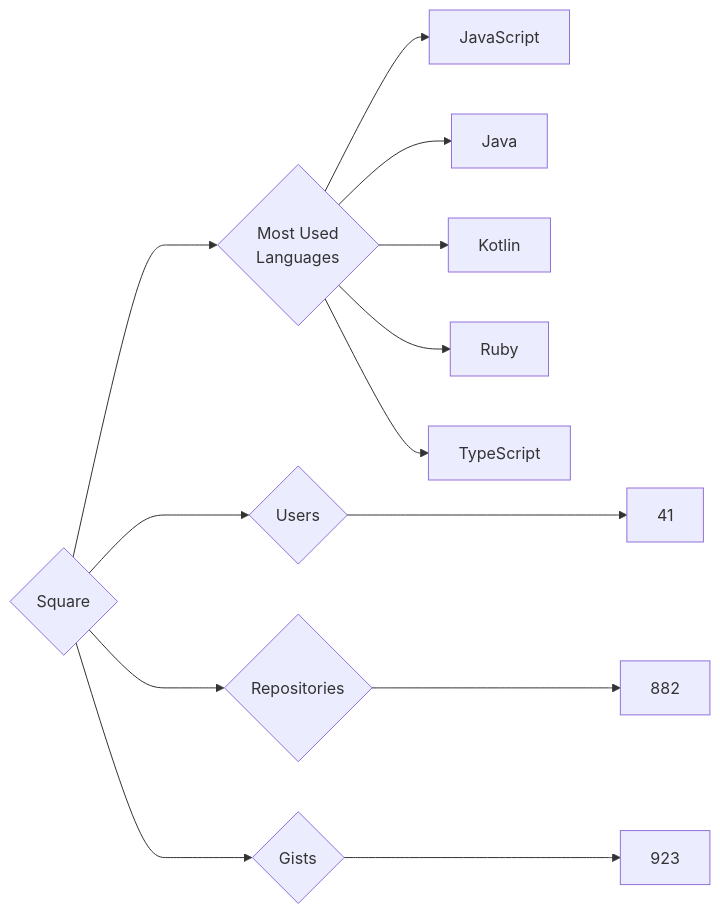
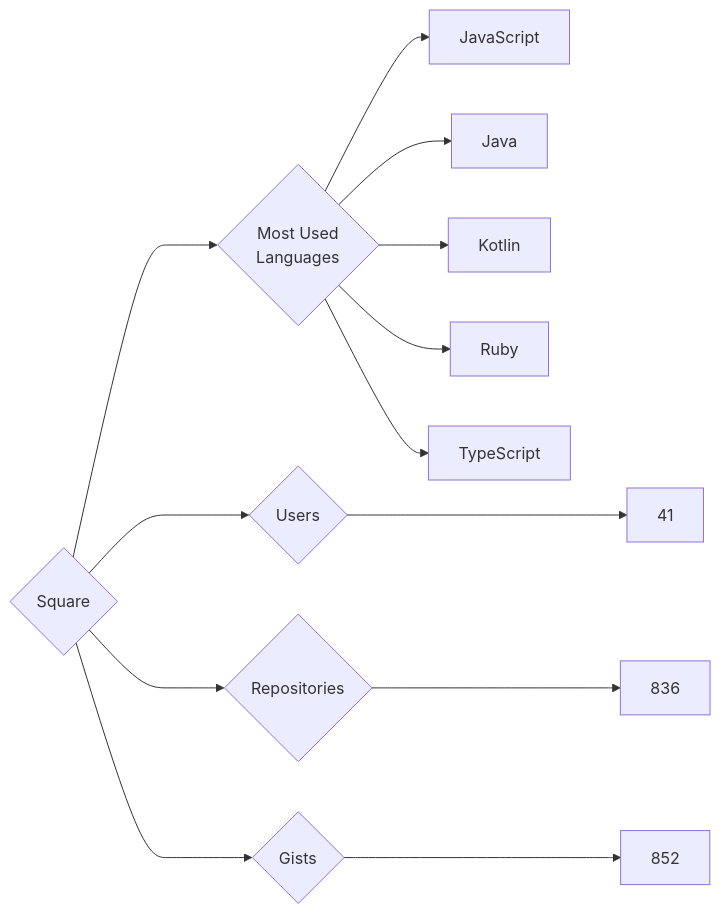
Before and after one commit to trickest/insiders: the diagram in targets/Square/README.md, drawn with Mermaid. The commit also changed 1484 other files, not shown here.

````diff
--- a/targets/Square/README.md
+++ b/targets/Square/README.md
@@ -3,13 +3,13 @@
 ```mermaid
 graph LR
 COMPANY_NAME{Square}
 COMPANY_NAME ---> U{Users} ---> UN[41]
-COMPANY_NAME ---> R{Repositories} ---> RN[882]
-COMPANY_NAME ---> G{Gists} ---> GN[923]
+COMPANY_NAME ---> R{Repositories} ---> RN[836]
+COMPANY_NAME ---> G{Gists} ---> GN[852]
 COMPANY_NAME ---> ML{Most Used<br>Languages}
 ML --> JavaScript[JavaScript]
 ML --> Java[Java]
 ML --> Kotlin[Kotlin]
 ML --> Ruby[Ruby]
 ML --> TypeScript[TypeScript]
 ```
````
